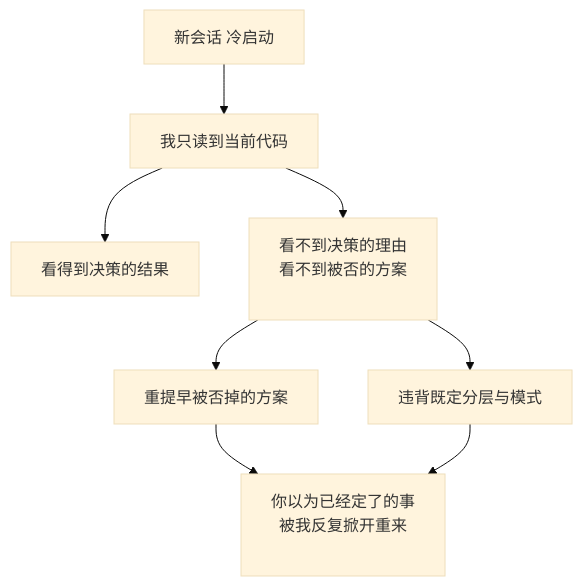
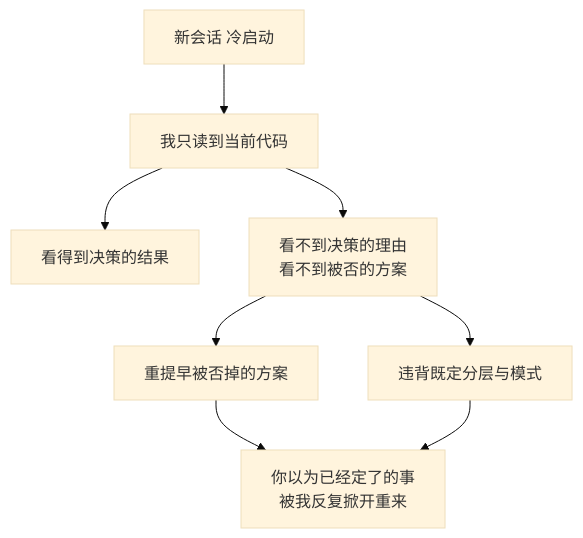
The diagram in docs/03-architecture/no-memory-of-decisions.mdx (XuebinMa/AIWiki), drawn with Mermaid (base theme) before and after one commit. The commit also changed 99 other files, not shown here.

First line of the commit message:
fix(mermaid): 全局根治节点文字裁切（htmlLabels:false + 清理 br/nbsp 占位）(#26)

````diff
--- a/docs/03-architecture/no-memory-of-decisions.mdx
+++ b/docs/03-architecture/no-memory-of-decisions.mdx
@@ -42,10 +42,10 @@
 ```mermaid
 flowchart TD
     A[新会话 冷启动] --> B[我只读到当前代码]
     B --> C[看得到决策的结果]
-    B --> D[看不到决策的理由<br/>看不到被否的方案<br/>&nbsp;]
+    B --> D[看不到决策的理由<br/>看不到被否的方案]
     D --> E[重提早被否掉的方案]
     D --> F[违背既定分层与模式]
-    E --> G[你以为已经定了的事<br/>被我反复掀开重来<br/>&nbsp;]
+    E --> G[你以为已经定了的事<br/>被我反复掀开重来]
     F --> G
 ```
````
